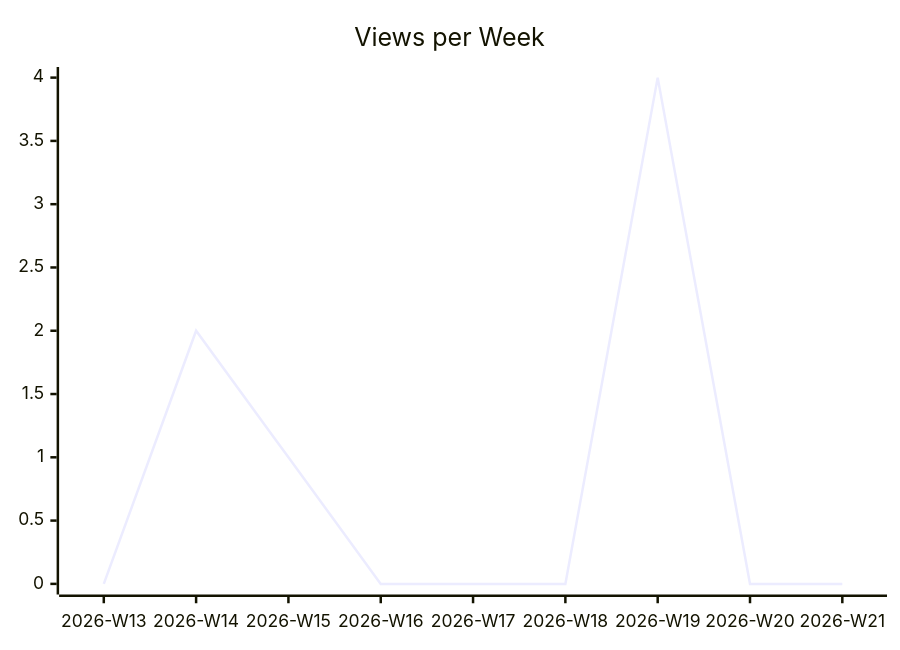
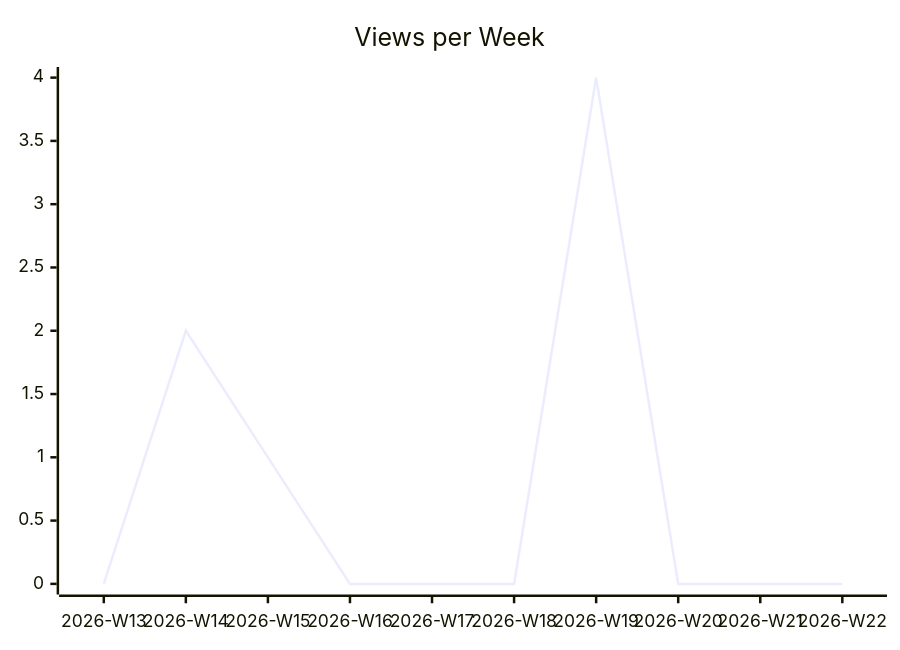
Before and after one commit to justdavis-family/github-analytics-data: the second of 3 diagrams in karlmdavis/justdavis-ansible/README.md, drawn with Mermaid. The commit also changed other lines of this file and 190 other files, not shown here.

````diff
--- a/karlmdavis/justdavis-ansible/README.md
+++ b/karlmdavis/justdavis-ansible/README.md
@@ -12,6 +12,6 @@
 ```mermaid
 xychart-beta
   title "Views per Week"
-  x-axis ["2026-W13", "2026-W14", "2026-W15", "2026-W16", "2026-W17", "2026-W18", "2026-W19", "2026-W20", "2026-W21"]
-  line [0, 2, 1, 0, 0, 0, 4, 0, 0]
+  x-axis ["2026-W13", "2026-W14", "2026-W15", "2026-W16", "2026-W17", "2026-W18", "2026-W19", "2026-W20", "2026-W21", "2026-W22"]
+  line [0, 2, 1, 0, 0, 0, 4, 0, 0, 0]
 ```
````
